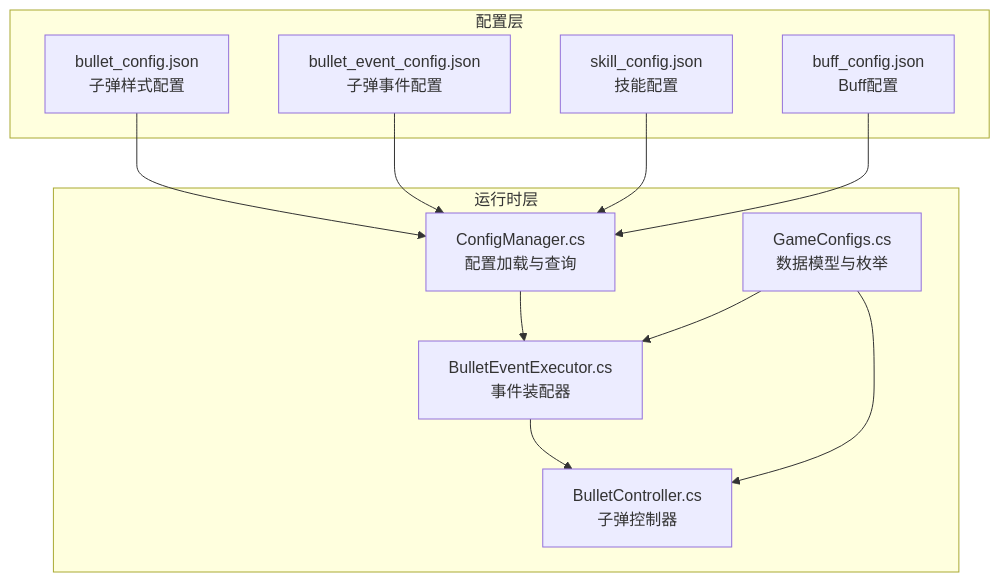
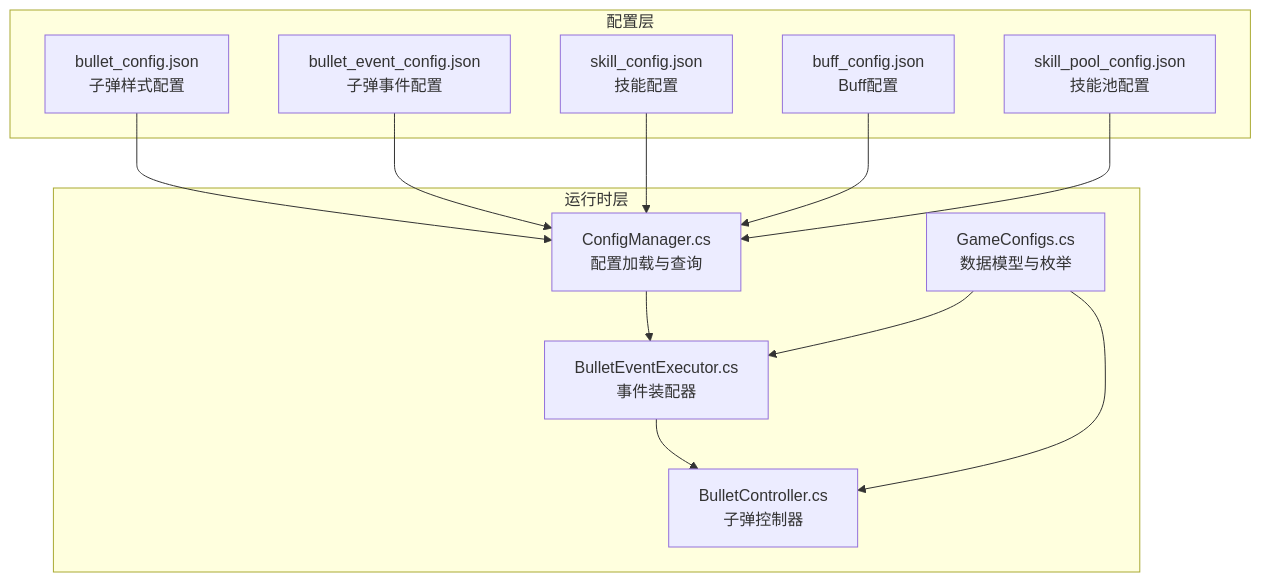
One commit to Tuusen/p1_client changed the first of 5 diagrams in .qoder/repowiki/zh/content/配置管理系统/配置文件类型/子弹配置文件.md. Above: the diagram before and after it, drawn with Mermaid. The commit also changed other lines of this file and 13 other files, not shown here.

````diff
--- a/.qoder/repowiki/zh/content/配置管理系统/配置文件类型/子弹配置文件.md
+++ b/.qoder/repowiki/zh/content/配置管理系统/配置文件类型/子弹配置文件.md
@@ -42,23 +50,25 @@
 ```mermaid
 graph TB
 subgraph "配置层"
 BC["bullet_config.json<br/>子弹样式配置"]
 BEC["bullet_event_config.json<br/>子弹事件配置"]
 SK["skill_config.json<br/>技能配置"]
 BF["buff_config.json<br/>Buff配置"]
+SP["skill_pool_config.json<br/>技能池配置"]
 end
 subgraph "运行时层"
 CM["ConfigManager.cs<br/>配置加载与查询"]
 BE["BulletEventExecutor.cs<br/>事件装配器"]
 BCtrl["BulletController.cs<br/>子弹控制器"]
 GC["GameConfigs.cs<br/>数据模型与枚举"]
 end
 BC --> CM
 BEC --> CM
 SK --> CM
 BF --> CM
+SP --> CM
 CM --> BE
 BE --> BCtrl
 GC --> BCtrl
 GC --> BE
 ```
````
